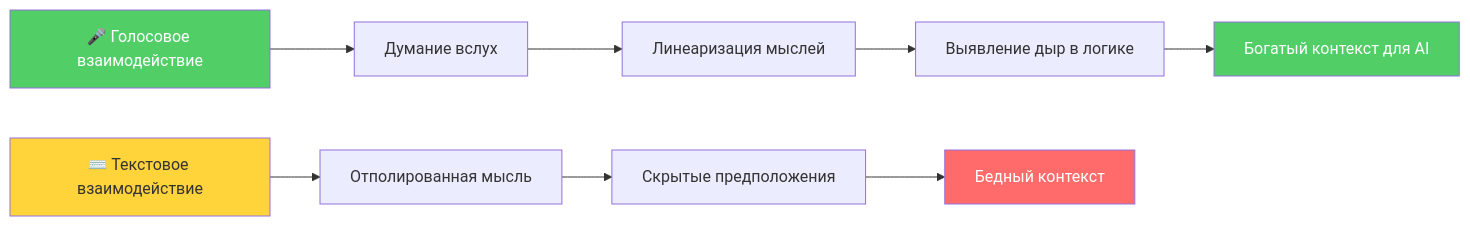
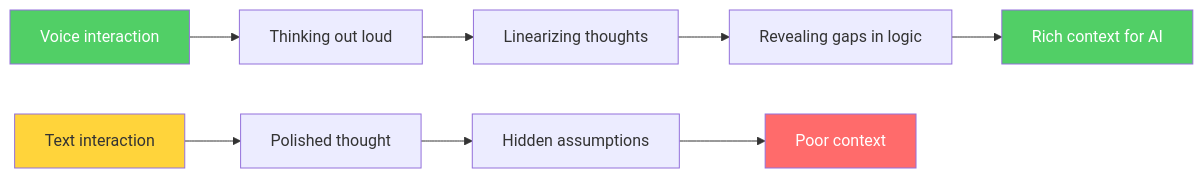
Diagram 14 of 16 in materials/workshop4.md (ad3002/masters-course-2025-vibe-coding), drawn with Mermaid before and after one commit. The commit also changed other lines of this file, not shown here.

````diff
--- a/materials/workshop4.md
+++ b/materials/workshop4.md
@@ -611,16 +611,16 @@
 ```mermaid
 graph LR
-    VOICE[🎤 Голосовое взаимодействие] --> THINK[Думание вслух]
-    THINK --> LINEAR[Линеаризация мыслей]
-    LINEAR --> GAPS[Выявление дыр в логике]
-    GAPS --> CONTEXT[Богатый контекст для AI]
+    VOICE[Voice interaction] --> THINK[Thinking out loud]
+    THINK --> LINEAR[Linearizing thoughts]
+    LINEAR --> GAPS[Revealing gaps in logic]
+    GAPS --> CONTEXT[Rich context for AI]
 
-    TEXT[⌨️ Текстовое взаимодействие] --> POLISH[Отполированная мысль]
-    POLISH --> HIDDEN[Скрытые предположения]
-    HIDDEN --> POOR[Бедный контекст]
+    TEXT[Text interaction] --> POLISH[Polished thought]
+    POLISH --> HIDDEN[Hidden assumptions]
+    HIDDEN --> POOR[Poor context]
 
     style VOICE fill:#51cf66,color:#fff
     style CONTEXT fill:#51cf66,color:#fff
     style TEXT fill:#ffd43b
     style POOR fill:#ff6b6b,color:#fff
 ```
````
